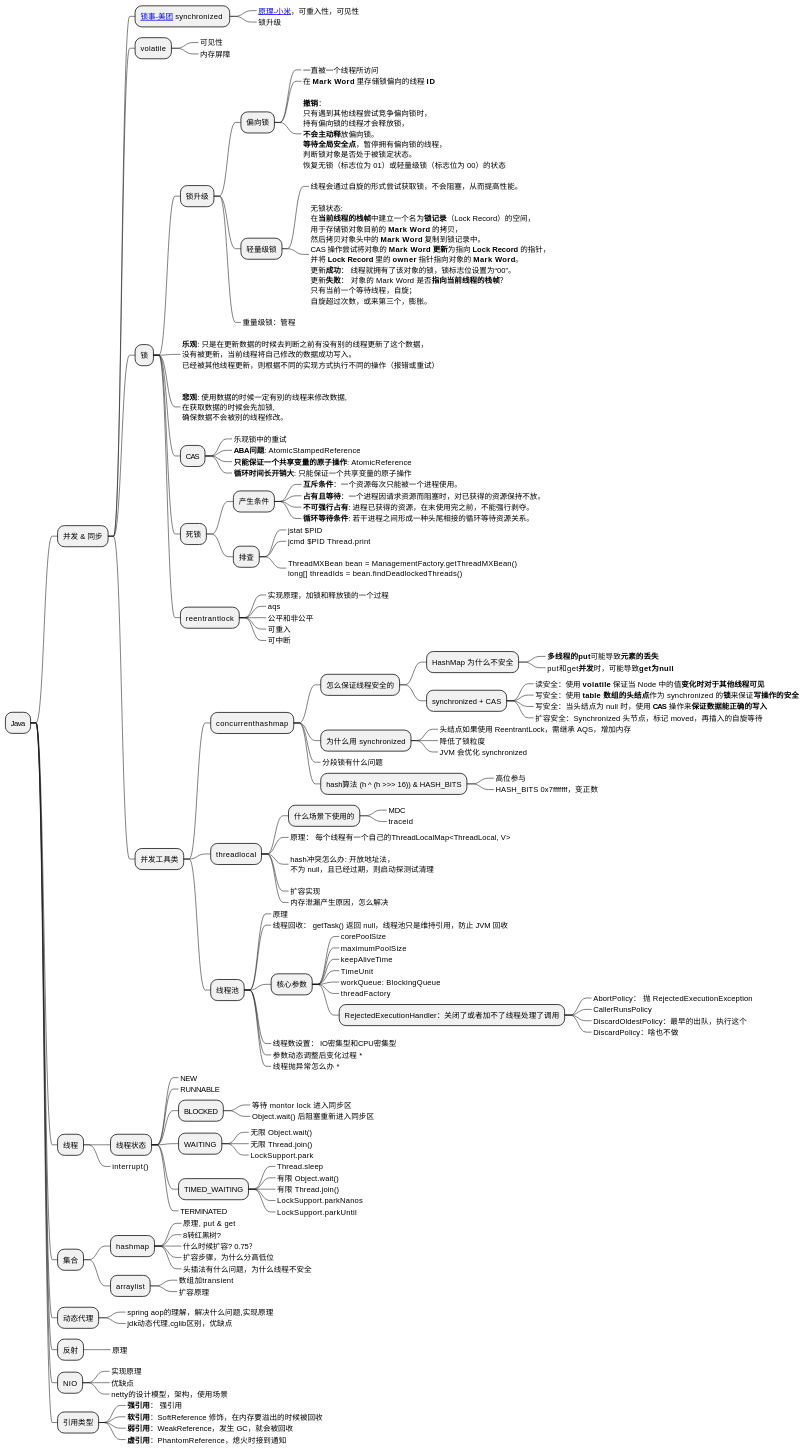
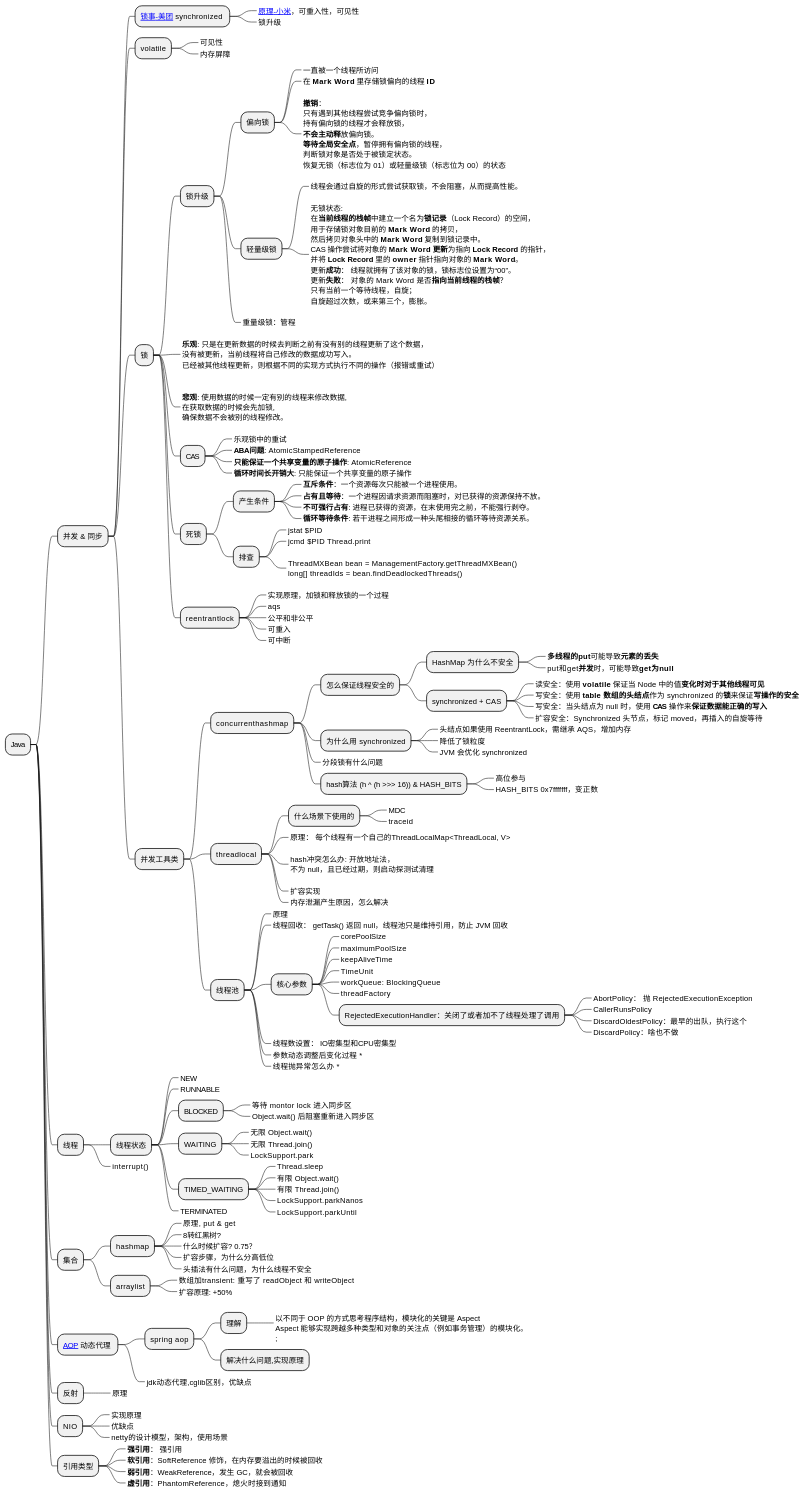
The first of 11 diagrams in _posts/2021-05-27-查漏补缺.md (Gh0st99/Gh0st99.github.io), drawn with PlantUML before and after one commit. The commit also changed 1 other file, not shown here.

Commit message:
查漏补缺

```diff
--- a/_posts/2021-05-27-查漏补缺.md
+++ b/_posts/2021-05-27-查漏补缺.md
@@ -170,12 +170,18 @@
 ****_ 头插法有什么问题，为什么线程不安全 
 
 *** arraylist
-****_ 数组加transient
-****_ 扩容原理
+****_ 数组加transient: 重写了 readObject 和 writeObject
+****_ 扩容原理: +50%
 
 
-** 动态代理
-***_ spring aop的理解，解决什么问题,实现原理
+** [[https://www.cnblogs.com/tuyang1129/p/12878549.html AOP]] 动态代理 
+*** spring aop
+**** 理解
+*****_: 
+以不同于 OOP 的方式思考程序结构，模块化的关键是 Aspect
+Aspect 能够实现跨越多种类型和对象的关注点（例如事务管理）的模块化。
+; 
+**** 解决什么问题,实现原理
 ***_ jdk动态代理,cglib区别，优缺点
 
 ** 反射
```
